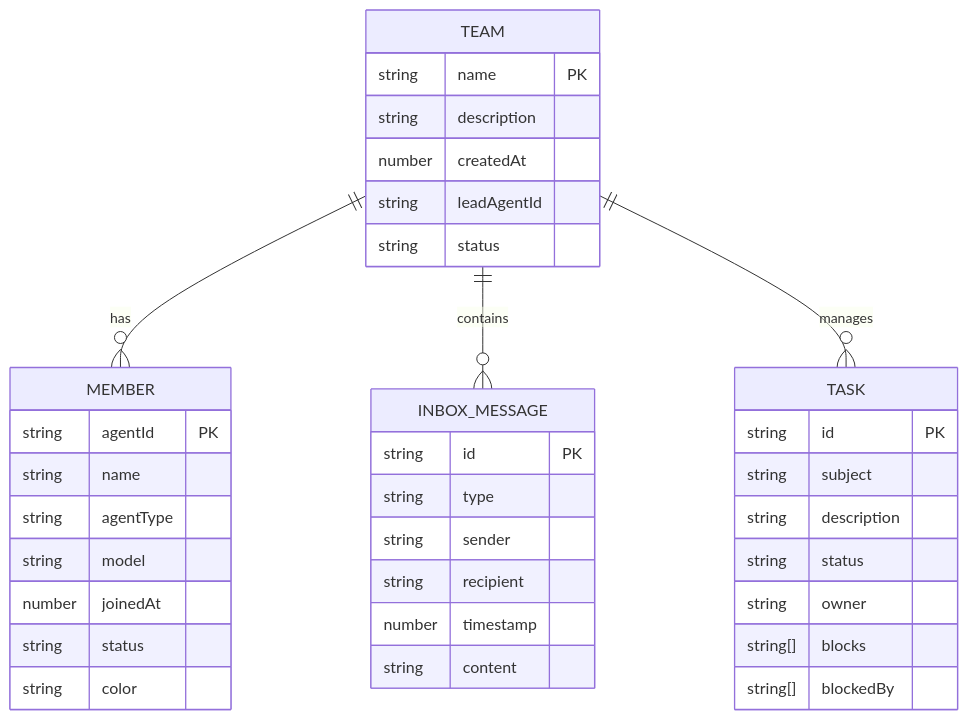
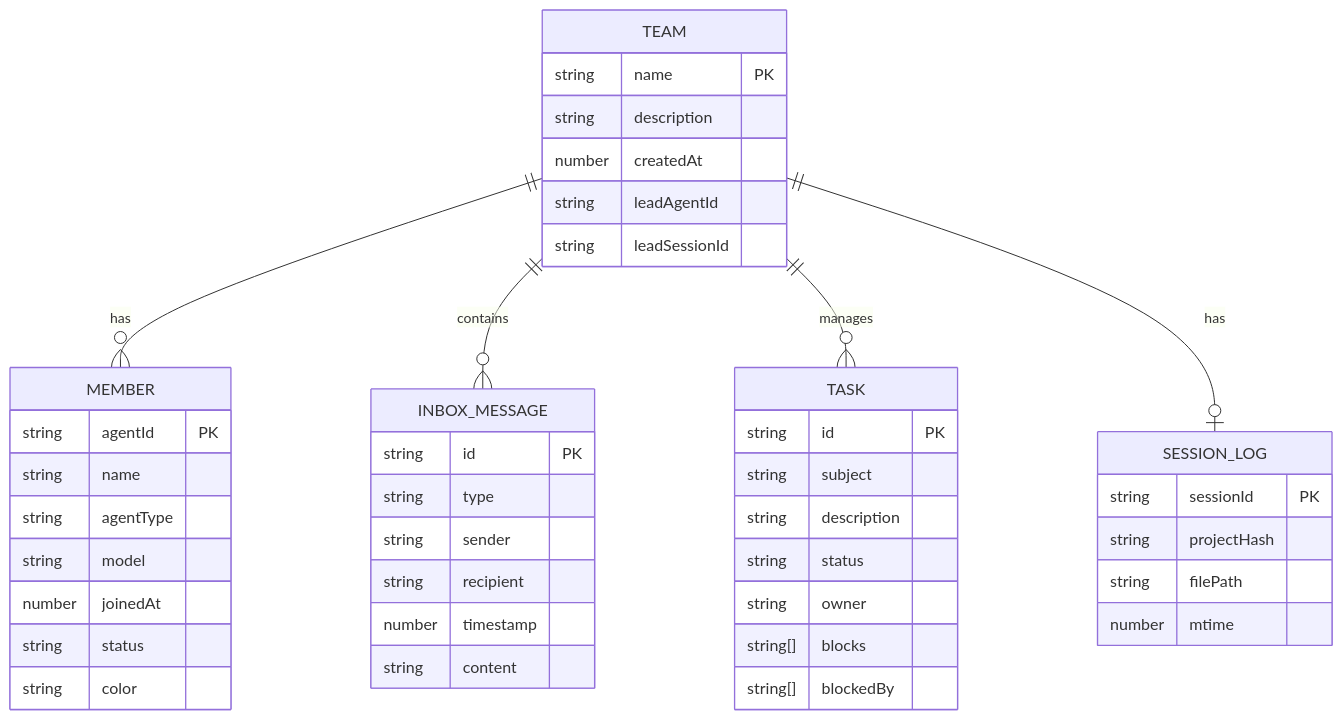
The second of 2 diagrams in docs/spec/system-design.md (JustinWangJP/cc-agent-teams-action-monitor), drawn with Mermaid before and after one commit. The commit also changed other lines of this file and 12 other files, not shown here.

````diff
--- a/docs/spec/system-design.md
+++ b/docs/spec/system-design.md
@@ -338,43 +485,51 @@
 ```mermaid
 erDiagram
     TEAM ||--o{ MEMBER : has
     TEAM ||--o{ INBOX_MESSAGE : contains
     TEAM ||--o{ TASK : manages
+    TEAM ||--o| SESSION_LOG : has
 
     TEAM {
         string name PK
         string description
         number createdAt
         string leadAgentId
-        string status
+        string leadSessionId
     }
 
     MEMBER {
         string agentId PK
         string name
         string agentType
         string model
         number joinedAt
         string status
         string color
     }
 
     TASK {
         string id PK
         string subject
         string description
         string status
         string owner
         string[] blocks
         string[] blockedBy
     }
 
     INBOX_MESSAGE {
         string id PK
         string type
         string sender
         string recipient
         number timestamp
         string content
     }
+
+    SESSION_LOG {
+        string sessionId PK
+        string projectHash
+        string filePath
+        number mtime
+    }
 ```
````
